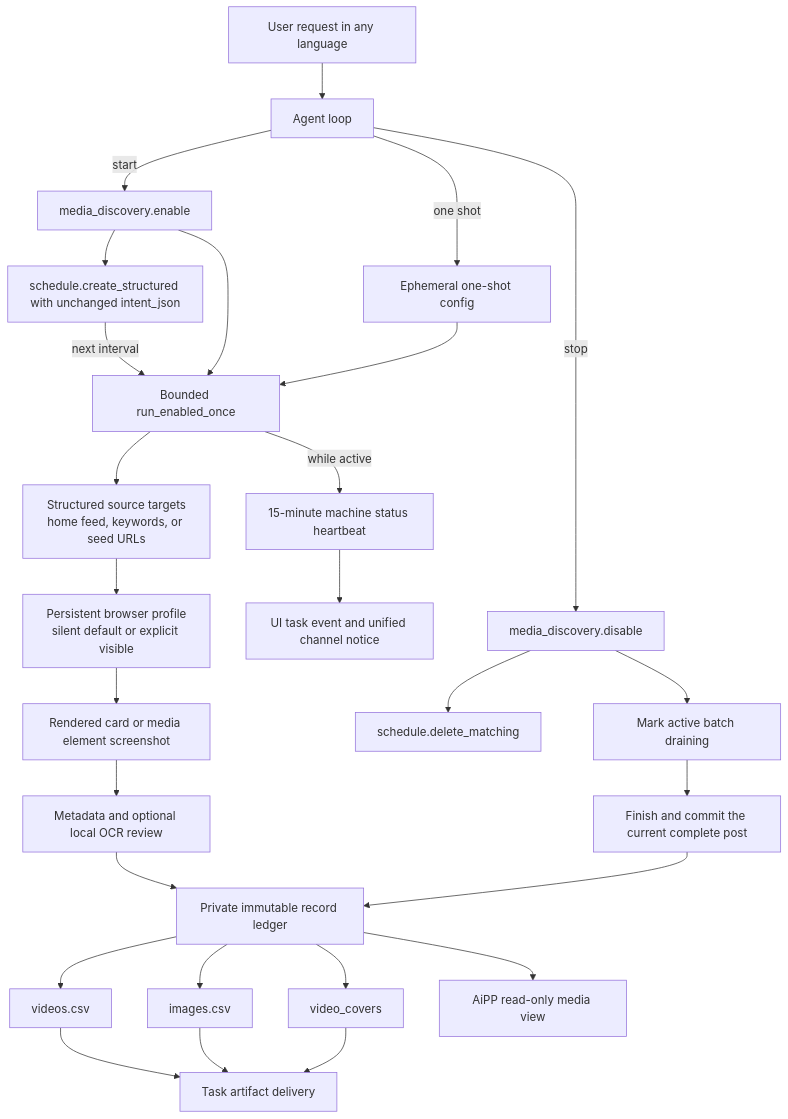
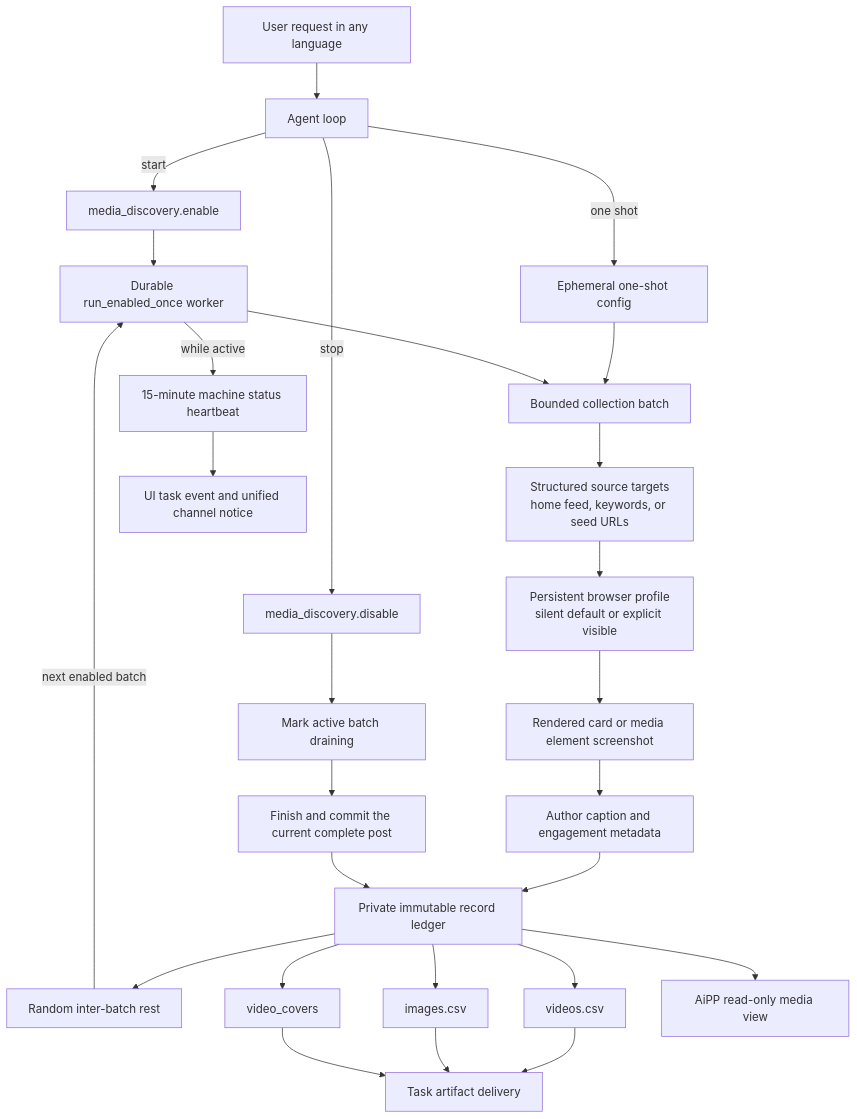
One commit to MatrixCoreX/RustClaw changed the diagram in docs/architecture/12-media-discovery.md. Above: the diagram before and after it, drawn with Mermaid. The commit also changed other lines of this file and 27 other files, not shown here.

Commit message:
refactor media discovery into no-OCR background collection

````diff
--- a/docs/architecture/12-media-discovery.md
+++ b/docs/architecture/12-media-discovery.md
@@ -58,41 +54,40 @@
 ```mermaid
 flowchart TD
     U[User request in any language]
     A[Agent loop]
     E[media_discovery.enable]
     X[media_discovery.disable]
-    S[schedule.create_structured with unchanged intent_json]
-    Q[schedule.delete_matching]
-    R[Bounded run_enabled_once]
+    R[Durable run_enabled_once worker]
+    RB[Bounded collection batch]
+    Z[Random inter-batch rest]
     W[Ephemeral one-shot config]
     T[Structured source targets<br/>home feed, keywords, or seed URLs]
     G[Mark active batch draining]
     P[Finish and commit the current complete post]
     B[Persistent browser profile<br/>silent default or explicit visible]
     C[Rendered card or media element screenshot]
-    O[Metadata and optional local OCR review]
+    O[Author caption and engagement metadata]
     L[Private immutable record ledger]
     V[videos.csv]
     I[images.csv]
     F[video_covers]
     D[Task artifact delivery]
     H[15-minute machine status heartbeat]
     N[UI task event and unified channel notice]
     AP[AiPP read-only media view]
 
     U --> A
     A -->|start| E
-    E --> S
     E --> R
-    A -->|one shot| W --> R
-    S -->|next interval| R
-    R --> T --> B --> C --> O --> L
+    A -->|one shot| W --> RB
+    R --> RB
+    RB --> T --> B --> C --> O --> L
+    L --> Z -->|next enabled batch| R
     R -->|while active| H --> N
     A -->|stop| X
-    X --> Q
     X --> G --> P --> L
     L --> V --> D
     L --> I --> D
     L --> F --> D
     L --> AP
 ```
````
